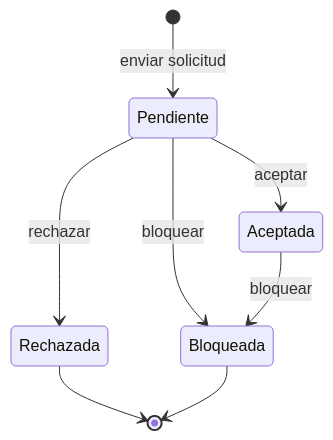
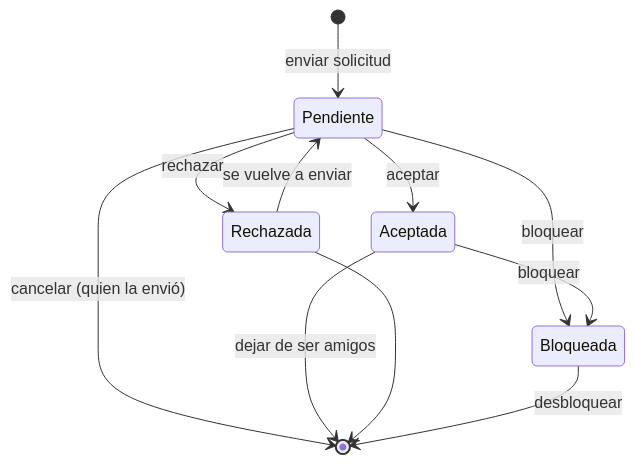
The fifth of 9 diagrams in docs/diagrams/state.md (signasource/signa-api), drawn with Mermaid before and after one commit. The commit also changed other lines of this file and 34 other files, not shown here.

````diff
--- a/docs/diagrams/state.md
+++ b/docs/diagrams/state.md
@@ -61,10 +61,13 @@
 ```mermaid
 stateDiagram-v2
     [*] --> Pendiente : enviar solicitud
     Pendiente --> Aceptada : aceptar
     Pendiente --> Rechazada : rechazar
     Pendiente --> Bloqueada : bloquear
+    Pendiente --> [*] : cancelar (quien la envió)
+    Aceptada --> [*] : dejar de ser amigos
     Aceptada --> Bloqueada : bloquear
+    Rechazada --> Pendiente : se vuelve a enviar
     Rechazada --> [*]
-    Bloqueada --> [*]
+    Bloqueada --> [*] : desbloquear
 ```
````
